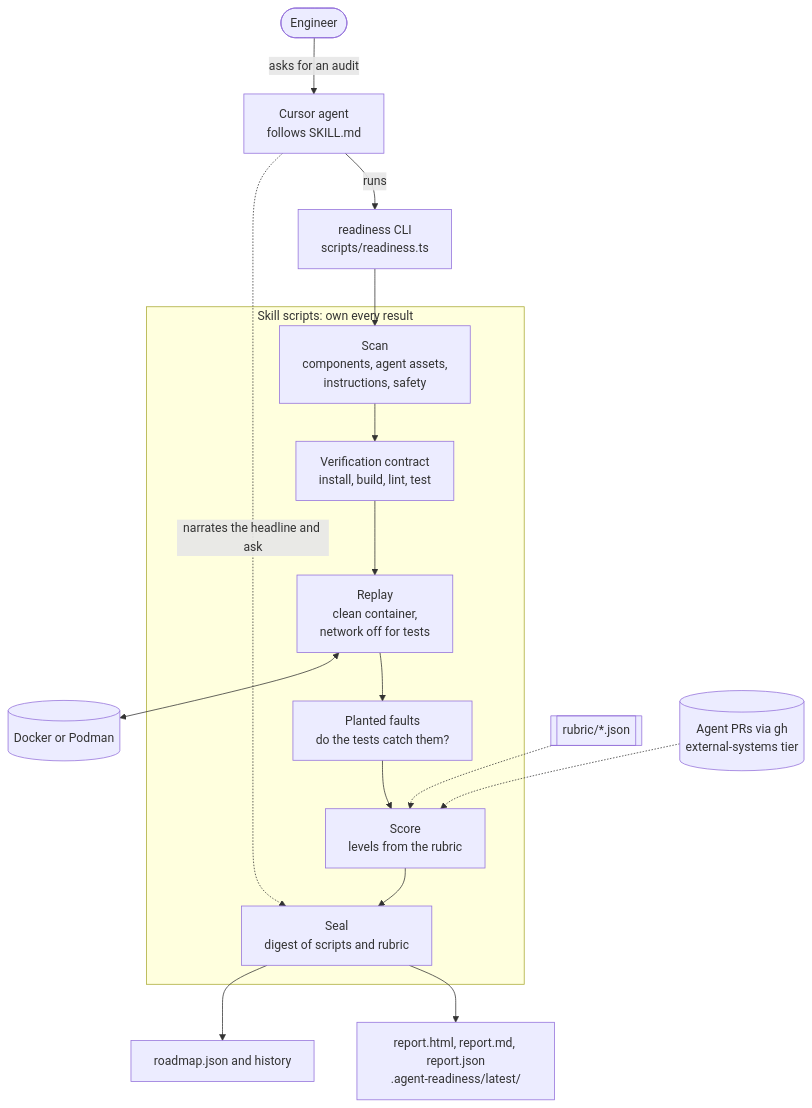
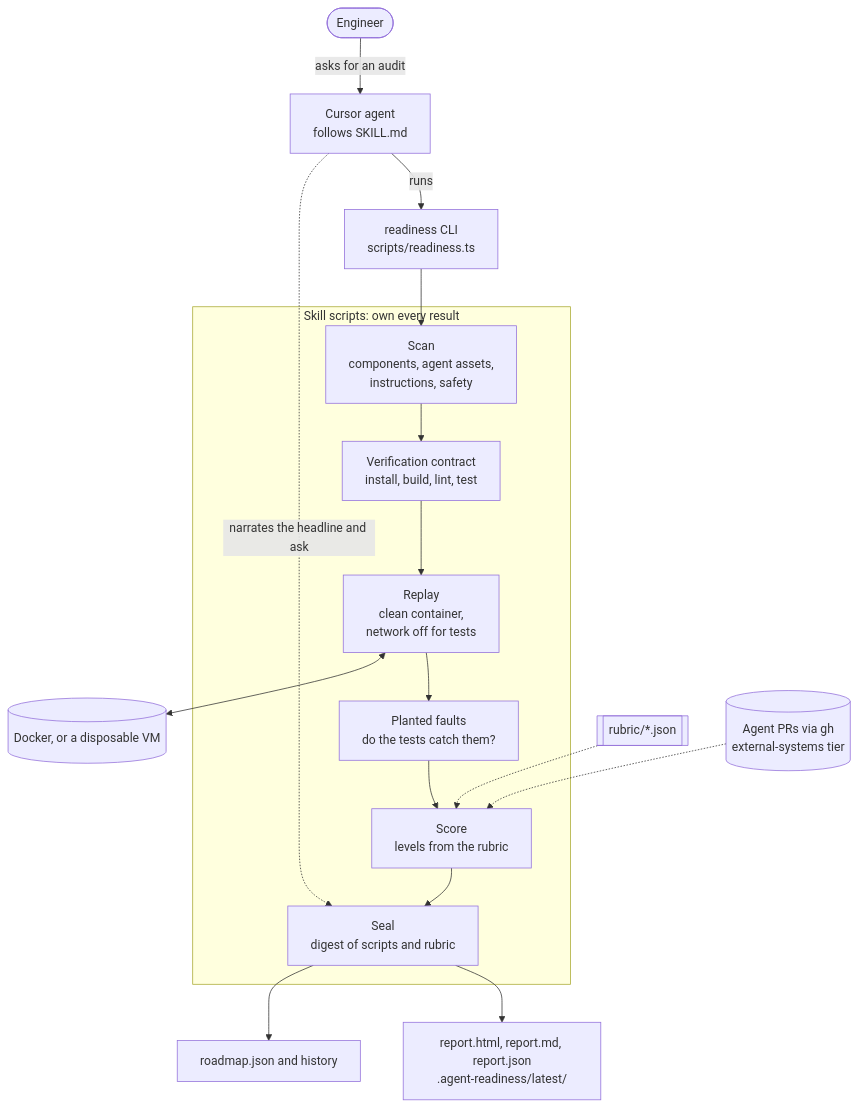
Before and after one commit to neverfield/cookbook: the diagram in software-factory/agent-readiness/README.md, drawn with Mermaid. The commit also changed other lines of this file and 3 other files, not shown here.

````diff
--- a/software-factory/agent-readiness/README.md
+++ b/software-factory/agent-readiness/README.md
@@ -19,23 +19,23 @@
 ```mermaid
 flowchart TB
   user(["Engineer"]) -->|asks for an audit| agent["Cursor agent<br/>follows SKILL.md"]
   agent -->|runs| cli["readiness CLI<br/>scripts/readiness.ts"]
 
   subgraph scripts["Skill scripts: own every result"]
     scan["Scan<br/>components, agent assets,<br/>instructions, safety"]
     contract["Verification contract<br/>install, build, lint, test"]
     replay["Replay<br/>clean container,<br/>network off for tests"]
     faults["Planted faults<br/>do the tests catch them?"]
     score["Score<br/>levels from the rubric"]
     seal["Seal<br/>digest of scripts and rubric"]
     scan --> contract --> replay --> faults --> score --> seal
   end
 
   cli --> scan
-  replay <--> runtime[("Docker or Podman")]
+  replay <--> runtime[("Docker, or a disposable VM")]
   rubric[["rubric/*.json"]] -.-> score
   prs[("Agent PRs via gh<br/>external-systems tier")] -.-> score
   agent -.->|narrates the headline and ask| seal
   seal --> report["report.html, report.md, report.json<br/>.agent-readiness/latest/"]
   seal --> roadmap["roadmap.json and history"]
 ```
````
